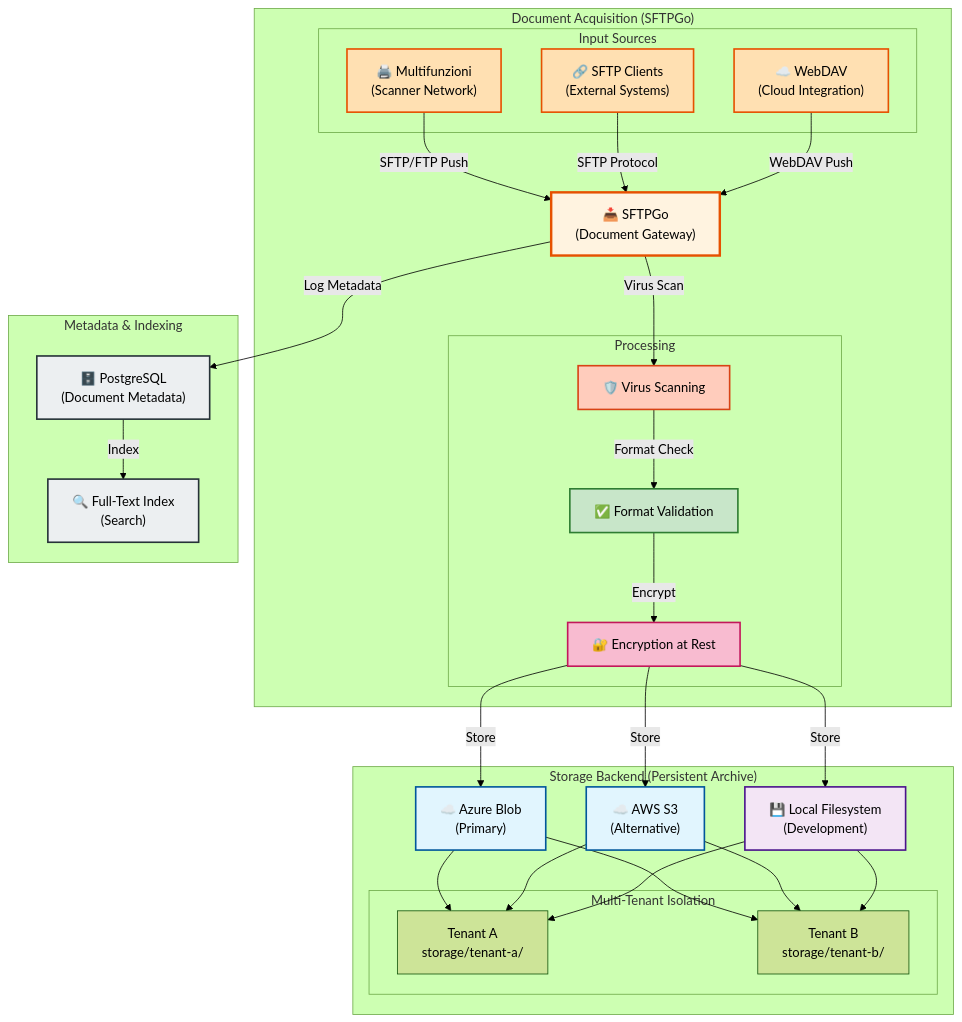
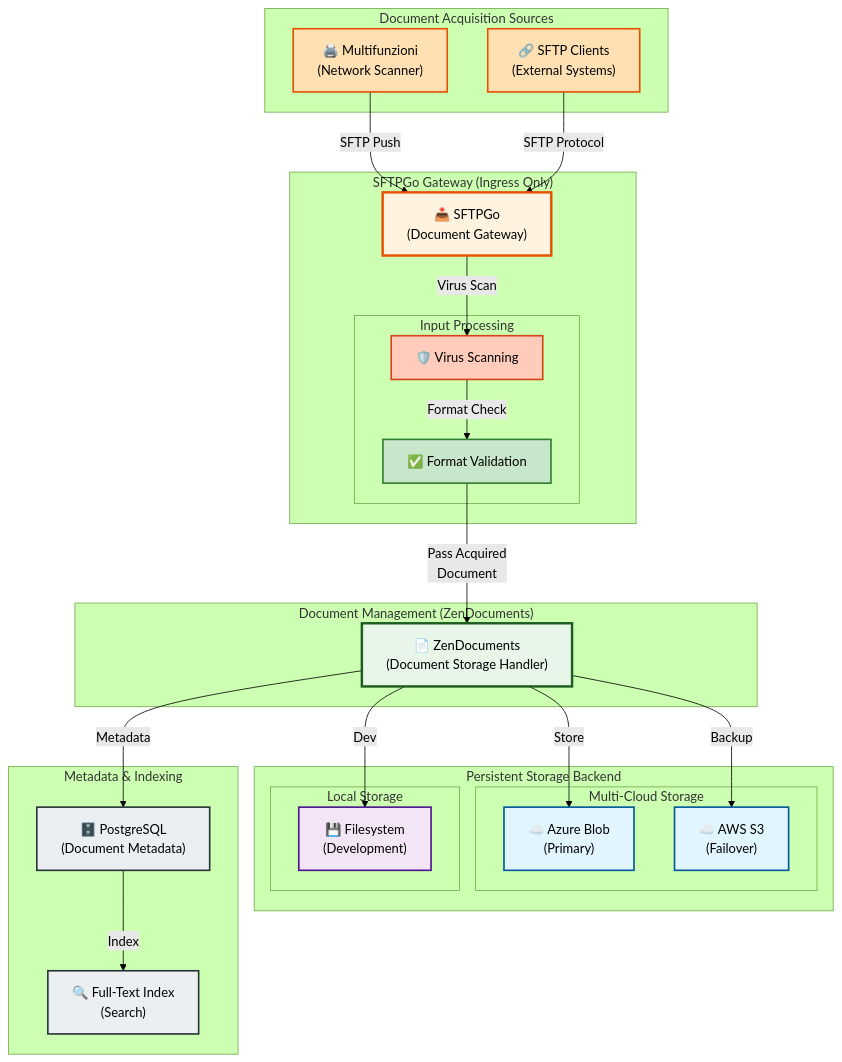
One commit to gianlucaciarcelluti/Interzen.ZenIA changed the sixth of 23 diagrams in docs/ZENSHAREUP-ARCHITECTURE.md. Above: the diagram before and after it, drawn with Mermaid (forest theme). The commit also changed other lines of this file, not shown here.

First paragraph of the commit message:
Fix: Chiarire ruoli SFTPGo vs ZenDocuments per acquisizione e storage
## Problema
La documentazione precedente confondeva i ruoli:
- SFTPGo mostrato come se salvasse documenti su Azure/S3 (SBAGLIATO)
- Storage backend direttamente collegato a SFTPGo (SBAGLIATO)

````diff
--- a/docs/ZENSHAREUP-ARCHITECTURE.md
+++ b/docs/ZENSHAREUP-ARCHITECTURE.md
@@ -321,69 +316,61 @@
 ```mermaid
 graph TB
-    subgraph "Document Acquisition (SFTPGo)"
+    subgraph "Document Acquisition Sources"
+        Multifunz["🖨️ Multifunzioni<br/>(Network Scanner)"]
+        SFTPClient["🔗 SFTP Clients<br/>(External Systems)"]
+    end
+
+    subgraph "SFTPGo Gateway (Ingress Only)"
         SFTPGo["📥 SFTPGo<br/>(Document Gateway)"]
 
-        subgraph "Input Sources"
-            Multifunz["🖨️ Multifunzioni<br/>(Scanner Network)"]
-            SFTPClient["🔗 SFTP Clients<br/>(External Systems)"]
-            WebDAV["☁️ WebDAV<br/>(Cloud Integration)"]
-        end
-
-        subgraph "Processing"
+        subgraph "Input Processing"
             VirusCheck["🛡️ Virus Scanning"]
             Validate["✅ Format Validation"]
-            Encrypt["🔐 Encryption at Rest"]
         end
     end
 
-    subgraph "Storage Backend (Persistent Archive)"
-        AzureBlob["☁️ Azure Blob<br/>(Primary)"]
-        S3["☁️ AWS S3<br/>(Alternative)"]
-        Filesystem["💾 Local Filesystem<br/>(Development)"]
+    subgraph "Document Management (ZenDocuments)"
+        ZenDoc["📄 ZenDocuments<br/>(Document Storage Handler)"]
+    end
 
-        subgraph "Multi-Tenant Isolation"
-            TenantA["Tenant A<br/>storage/tenant-a/"]
-            TenantB["Tenant B<br/>storage/tenant-b/"]
+    subgraph "Persistent Storage Backend"
+        subgraph "Multi-Cloud Storage"
+            AzureBlob["☁️ Azure Blob<br/>(Primary)"]
+            S3["☁️ AWS S3<br/>(Failover)"]
+        end
+        subgraph "Local Storage"
+            Filesystem["💾 Filesystem<br/>(Development)"]
         end
     end
 
     subgraph "Metadata & Indexing"
         PostgreSQL["🗄️ PostgreSQL<br/>(Document Metadata)"]
         FullText["🔍 Full-Text Index<br/>(Search)"]
     end
 
-    Multifunz -->|SFTP/FTP Push| SFTPGo
+    Multifunz -->|SFTP Push| SFTPGo
     SFTPClient -->|SFTP Protocol| SFTPGo
-    WebDAV -->|WebDAV Push| SFTPGo
 
     SFTPGo -->|Virus Scan| VirusCheck
     VirusCheck -->|Format Check| Validate
-    Validate -->|Encrypt| Encrypt
+    Validate -->|Pass Acquired<br/>Document| ZenDoc
 
-    Encrypt -->|Store| AzureBlob
-    Encrypt -->|Store| S3
-    Encrypt -->|Store| Filesystem
+    ZenDoc -->|Store| AzureBlob
+    ZenDoc -->|Backup| S3
+    ZenDoc -->|Dev| Filesystem
 
-    AzureBlob --> TenantA
-    AzureBlob --> TenantB
-    S3 --> TenantA
-    S3 --> TenantB
-    Filesystem --> TenantA
-    Filesystem --> TenantB
-
-    SFTPGo -->|Log Metadata| PostgreSQL
+    ZenDoc -->|Metadata| PostgreSQL
     PostgreSQL -->|Index| FullText
 
-    style SFTPGo fill:#fff3e0,stroke:#e65100,stroke-width:3px
     style Multifunz fill:#ffe0b2,stroke:#e65100,stroke-width:2px
     style SFTPClient fill:#ffe0b2,stroke:#e65100,stroke-width:2px
-    style WebDAV fill:#ffe0b2,stroke:#e65100,stroke-width:2px
+    style SFTPGo fill:#fff3e0,stroke:#e65100,stroke-width:3px
     style VirusCheck fill:#ffccbc,stroke:#d84315,stroke-width:2px
     style Validate fill:#c8e6c9,stroke:#2e7d32,stroke-width:2px
-    style Encrypt fill:#f8bbd0,stroke:#c2185b,stroke-width:2px
+    style ZenDoc fill:#e8f5e9,stroke:#1b5e20,stroke-width:3px
     style AzureBlob fill:#e1f5fe,stroke:#01579b,stroke-width:2px
     style S3 fill:#e1f5fe,stroke:#01579b,stroke-width:2px
     style Filesystem fill:#f3e5f5,stroke:#4a148c,stroke-width:2px
     style PostgreSQL fill:#eceff1,stroke:#263238,stroke-width:2px
     style FullText fill:#eceff1,stroke:#263238,stroke-width:2px
 ```
````
